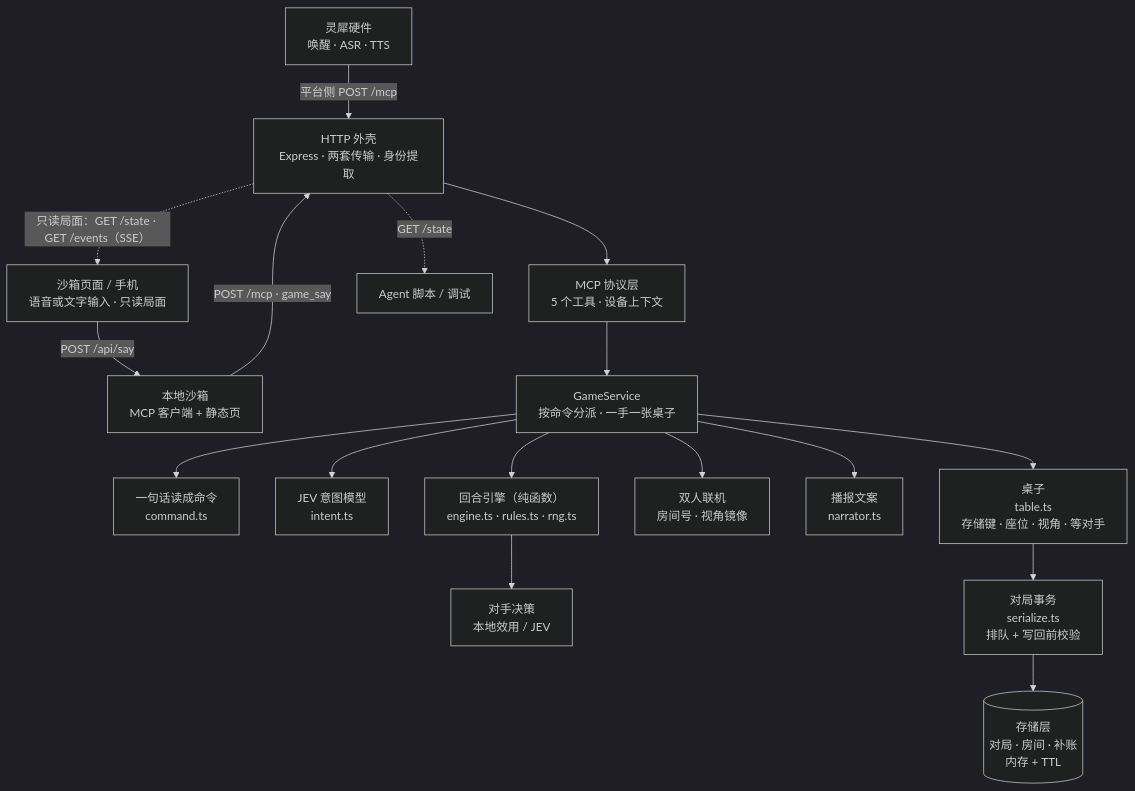
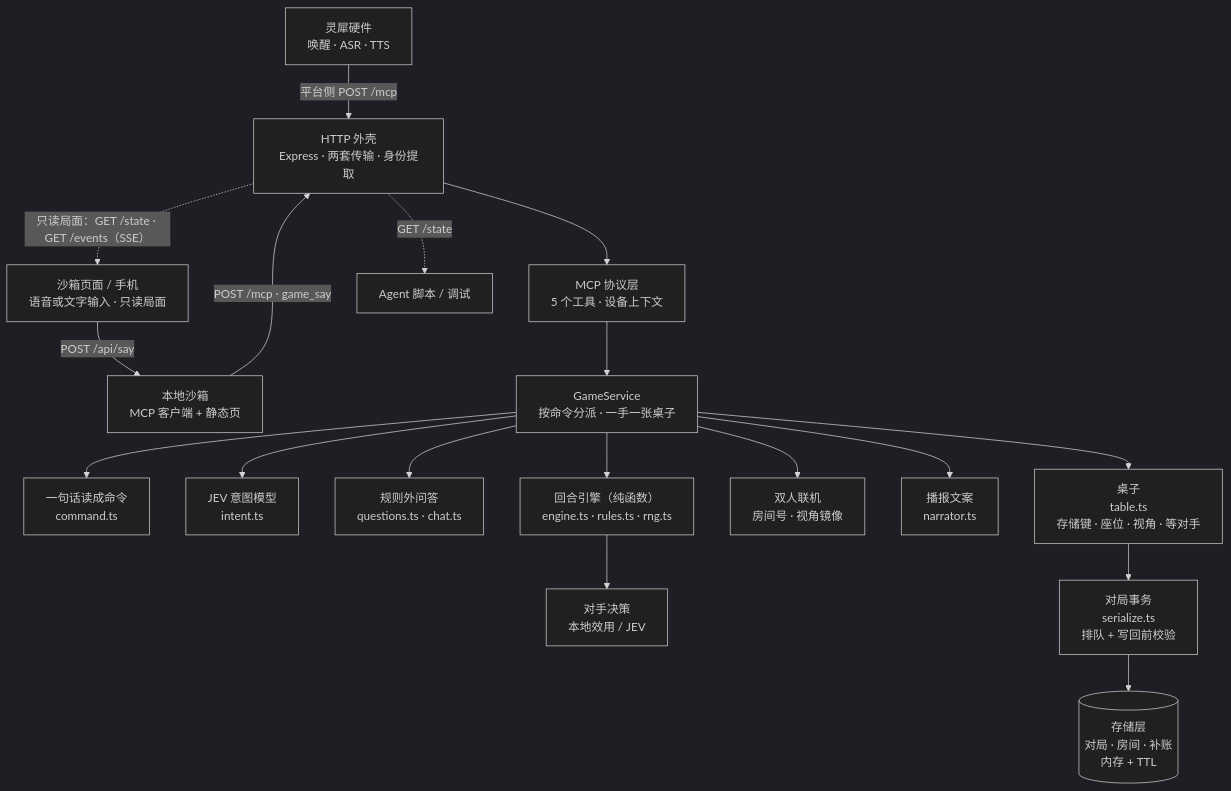
The diagram in README.md (sorcerer-ma/linx-fighter), drawn with Mermaid (dark theme) before and after one commit. The commit also changed other lines of this file and 23 other files, not shown here.

````diff
--- a/README.md
+++ b/README.md
@@ -171,19 +172,20 @@
 ```mermaid
 flowchart TB
   Device["灵犀硬件<br/>唤醒 · ASR · TTS"] -- "平台侧 POST /mcp" --> Http
   Web["沙箱页面 / 手机<br/>语音或文字输入 · 只读局面"] -- "POST /api/say" --> Sandbox["本地沙箱<br/>MCP 客户端 + 静态页"]
   Sandbox -- "POST /mcp · game_say" --> Http
   Http["HTTP 外壳<br/>Express · 两套传输 · 身份提取"] --> Mcp["MCP 协议层<br/>5 个工具 · 设备上下文"]
   Mcp --> Service["GameService<br/>按命令分派 · 一手一张桌子"]
   Service --> Command["一句话读成命令<br/>command.ts"]
   Service --> Intent["JEV 意图模型<br/>intent.ts"]
+  Service --> Chat["规则外问答<br/>questions.ts · chat.ts"]
   Service --> Engine["回合引擎（纯函数）<br/>engine.ts · rules.ts · rng.ts"]
   Engine --> Enemy["对手决策<br/>本地效用 / JEV"]
   Service --> Pvp["双人联机<br/>房间号 · 视角镜像"]
   Service --> Narrator["播报文案<br/>narrator.ts"]
   Service --> Table["桌子<br/>table.ts<br/>存储键 · 座位 · 视角 · 等对手"]
   Table --> Tx["对局事务<br/>serialize.ts<br/>排队 + 写回前校验"]
   Tx --> Stores[("存储层<br/>对局 · 房间 · 补账<br/>内存 + TTL")]
   Http -.->|"只读局面：GET /state · GET /events（SSE）"| Web
   Http -.->|"GET /state"| Agent["Agent 脚本 / 调试"]
 ```
````
